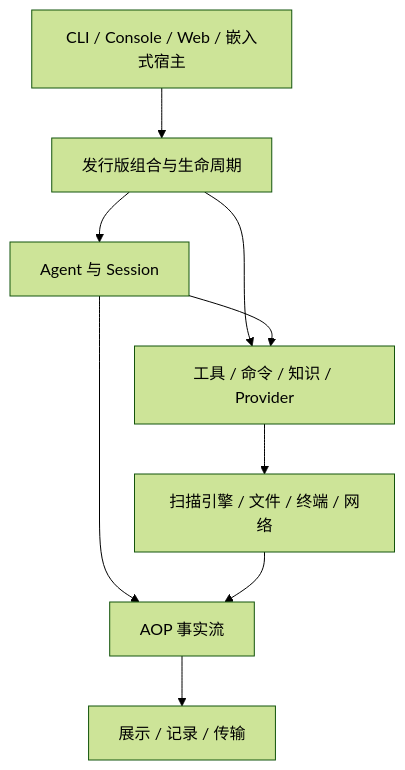
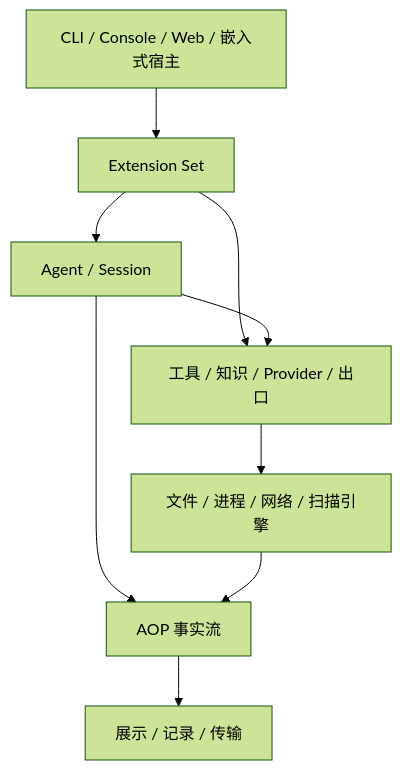
One commit to Go-Time/aiscan changed the first of 2 diagrams in docs/architecture.md. Above: the diagram before and after it, drawn with Mermaid (forest theme). The commit also changed other lines of this file and 24 other files, not shown here.

Commit message:
docs: consolidate architecture and simplify minimal examples

````diff
--- a/docs/architecture.md
+++ b/docs/architecture.md
@@ -9,11 +9,11 @@
 ```mermaid
 flowchart TD
-    Host[CLI / Console / Web / 嵌入式宿主] --> Composition[发行版组合与生命周期]
-    Composition --> Runtime[Agent 与 Session]
-    Composition --> Capabilities[工具 / 命令 / 知识 / Provider]
+    Host[CLI / Console / Web / 嵌入式宿主] --> Set[Extension Set]
+    Set --> Runtime[Agent / Session]
+    Set --> Capabilities[工具 / 知识 / Provider / 出口]
     Runtime --> Capabilities
-    Capabilities --> Business[扫描引擎 / 文件 / 终端 / 网络]
+    Capabilities --> Business[文件 / 进程 / 网络 / 扫描引擎]
     Runtime --> Events[AOP 事实流]
     Business --> Events
-    Events --> Presentation[展示 / 记录 / 传输]
+    Events --> Consumers[展示 / 记录 / 传输]
 ```
````
